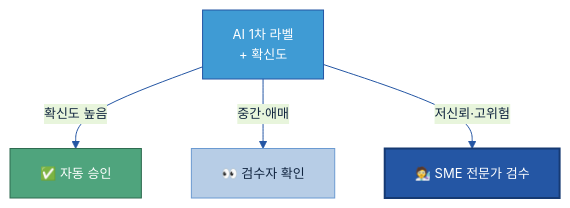
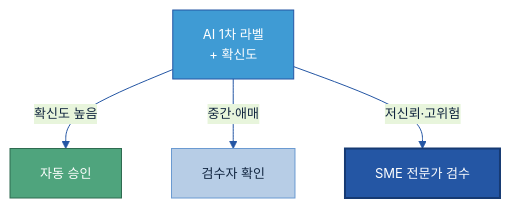
One commit to bewhykearney/- changed the sixth of 8 diagrams in B-2 데이터 해설·주석.md. Above: the diagram before and after it, drawn with Mermaid. The commit also changed other lines of this file, not shown here.

````diff
--- a/B-2 데이터 해설·주석.md
+++ b/B-2 데이터 해설·주석.md
@@ -462,12 +462,12 @@
 ```mermaid
 %%{init: {'theme':'base','themeVariables':{'primaryColor':'#DCE8F5','primaryBorderColor':'#2456A4','primaryTextColor':'#10243f','lineColor':'#2456A4','fontSize':'13px'}}}%%
 flowchart TB
     AI["AI 1차 라벨<br/>+ 확신도"]:::gate
-    AI -->|확신도 높음| AUTO["✅ 자동 승인"]:::loop
-    AI -->|중간·애매| REV["👀 검수자 확인"]:::n
-    AI -->|저신뢰·고위험| SME["🧑‍🔬 SME 전문가 검수"]:::cat
+    AI -->|확신도 높음| AUTO[" 자동 승인"]:::loop
+    AI -->|중간·애매| REV[" 검수자 확인"]:::n
+    AI -->|저신뢰·고위험| SME[" SME 전문가 검수"]:::cat
     classDef n fill:#B7CDE6,stroke:#6B9AD1,color:#10243f;
     classDef cat fill:#2456A4,color:#fff,stroke:#163a73,stroke-width:2px;
     classDef gate fill:#3F9BD4,stroke:#2456A4,color:#fff;
     classDef loop fill:#4FA47D,stroke:#2f6b50,color:#fff;
 ```
````
